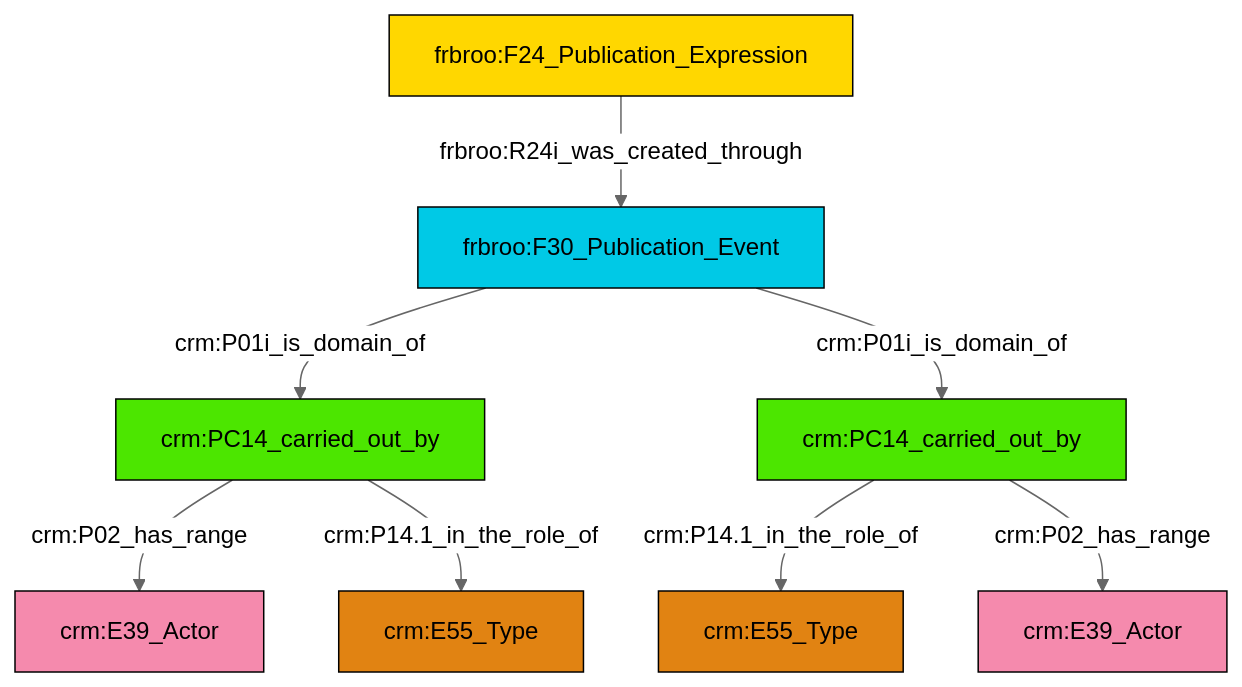
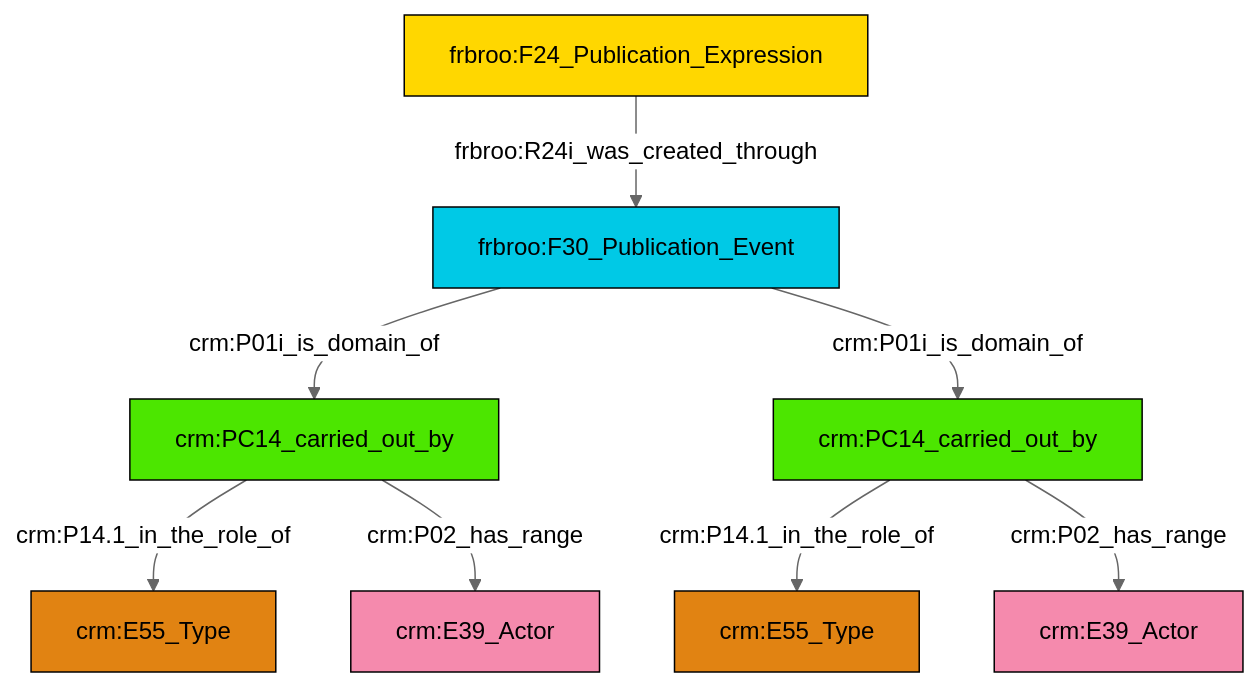
One commit to swiss-art-research-net/reference-data-models changed the diagram in et/biblioCSV/ttl/mmd/biblio_actor_relations.ttl.mmd. Above: the diagram before and after it, drawn with Mermaid (neutral theme). The commit also changed 121 other files, not shown here.

```diff
--- a/et/biblioCSV/ttl/mmd/biblio_actor_relations.ttl.mmd
+++ b/et/biblioCSV/ttl/mmd/biblio_actor_relations.ttl.mmd
@@ -1,22 +1,22 @@
 graph TD
 classDef Literal fill:#f2f2f2,stroke:#000000;
 classDef CRM_Entity fill:#FFFFFF,stroke:#000000;
 classDef Temporal_Entity fill:#00C9E6, stroke:#000000;
 classDef Type fill:#E18312, stroke:#000000;
 classDef Time-Span fill:#2C9C91, stroke:#000000;
 classDef Appellation fill:#FFEB7F, stroke:#000000;
 classDef Place fill:#008836, stroke:#000000;
 classDef Persistent_Item fill:#B266B2, stroke:#000000;
 classDef Conceptual_Object fill:#FFD700, stroke:#000000;
 classDef Physical_Thing fill:#D2B48C, stroke:#000000;
 classDef Actor fill:#f58aad, stroke:#000000;
 classDef PC_Classes fill:#4ce600, stroke:#000000;
 classDef Multi fill:#cccccc,stroke:#000000;
 
-0["crm:PC14_carried_out_by"]:::PC_Classes -->|crm:P02_has_range| 1["crm:E39_Actor"]:::Actor
-8["frbroo:F24_Publication_Expression"]:::Conceptual_Object -->|frbroo:R24i_was_created_through| 4["frbroo:F30_Publication_Event"]:::Temporal_Entity
-0["crm:PC14_carried_out_by"]:::PC_Classes -->|crm:P14.1_in_the_role_of| 14["crm:E55_Type"]:::Type
-4["frbroo:F30_Publication_Event"]:::Temporal_Entity -->|crm:P01i_is_domain_of| 0["crm:PC14_carried_out_by"]:::PC_Classes
-10["crm:PC14_carried_out_by"]:::PC_Classes -->|crm:P14.1_in_the_role_of| 2["crm:E55_Type"]:::Type
-10["crm:PC14_carried_out_by"]:::PC_Classes -->|crm:P02_has_range| 6["crm:E39_Actor"]:::Actor
-4["frbroo:F30_Publication_Event"]:::Temporal_Entity -->|crm:P01i_is_domain_of| 10["crm:PC14_carried_out_by"]:::PC_Classes
+0["frbroo:F30_Publication_Event"]:::Temporal_Entity -->|crm:P01i_is_domain_of| 1["crm:PC14_carried_out_by"]:::PC_Classes
+2["crm:PC14_carried_out_by"]:::PC_Classes -->|crm:P14.1_in_the_role_of| 3["crm:E55_Type"]:::Type
+1["crm:PC14_carried_out_by"]:::PC_Classes -->|crm:P14.1_in_the_role_of| 9["crm:E55_Type"]:::Type
+1["crm:PC14_carried_out_by"]:::PC_Classes -->|crm:P02_has_range| 10["crm:E39_Actor"]:::Actor
+2["crm:PC14_carried_out_by"]:::PC_Classes -->|crm:P02_has_range| 12["crm:E39_Actor"]:::Actor
+6["frbroo:F24_Publication_Expression"]:::Conceptual_Object -->|frbroo:R24i_was_created_through| 0["frbroo:F30_Publication_Event"]:::Temporal_Entity
+0["frbroo:F30_Publication_Event"]:::Temporal_Entity -->|crm:P01i_is_domain_of| 2["crm:PC14_carried_out_by"]:::PC_Classes
```
